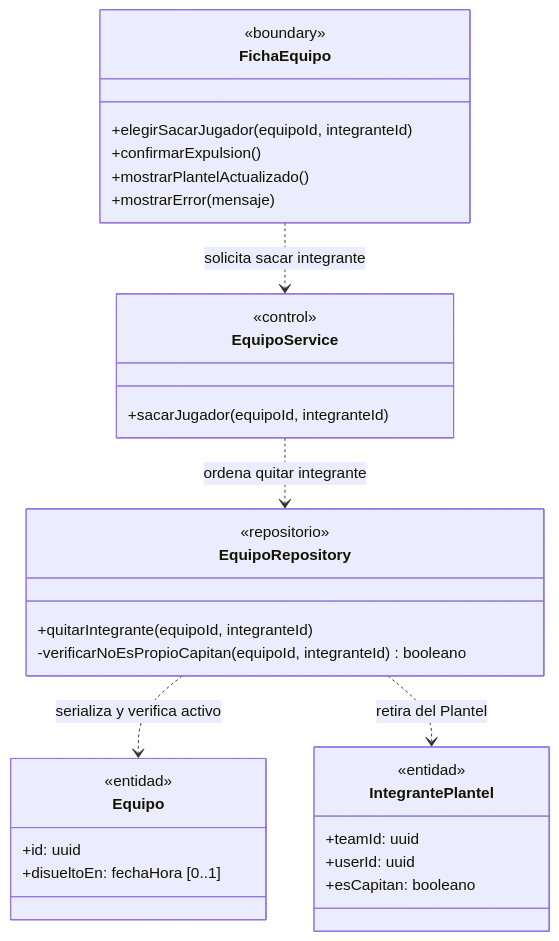
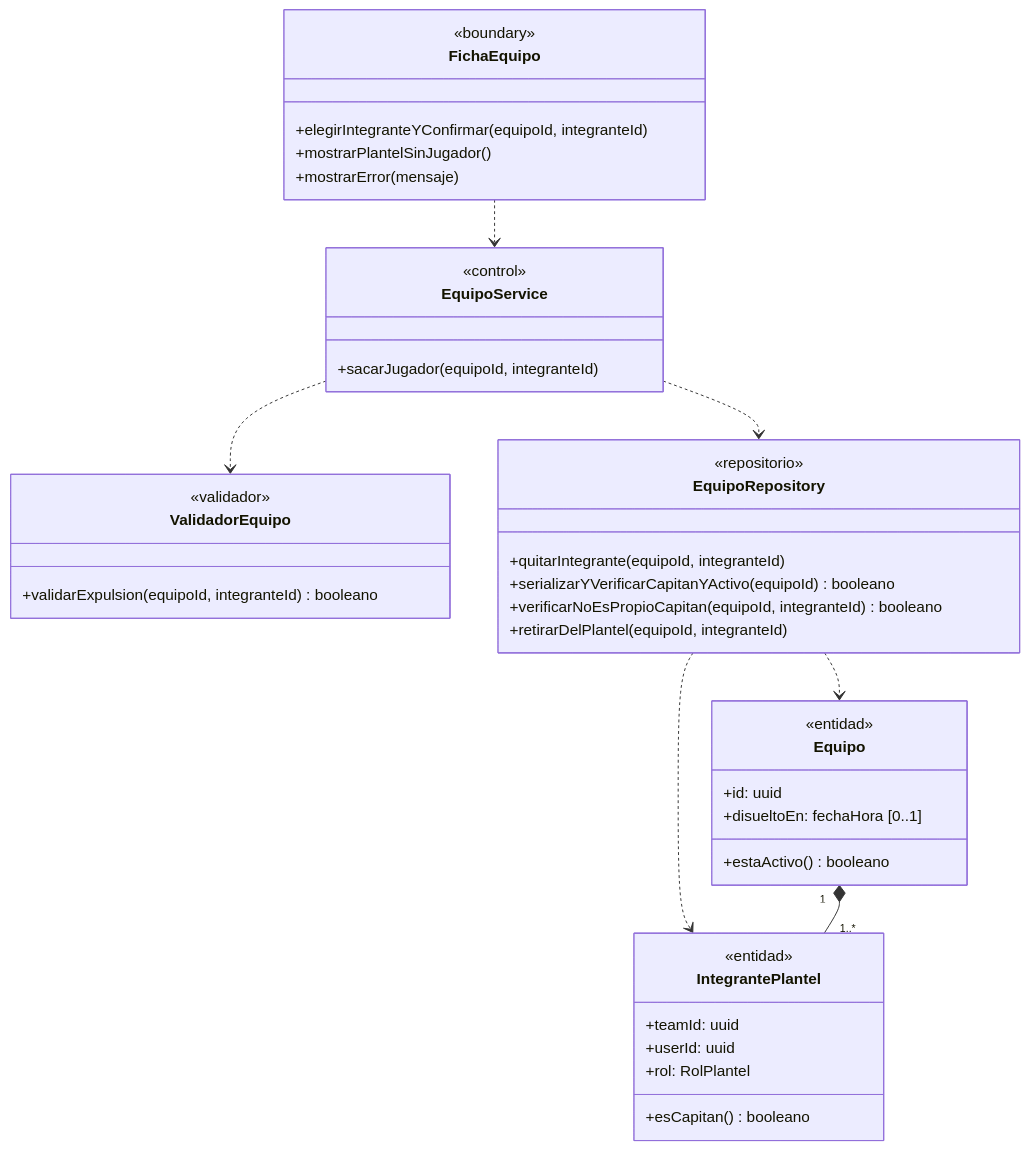
The eighth of 11 diagrams in docs/diagramas-de-clase/equipos.md (nicqletal/torneos-scraper), drawn with Mermaid before and after one commit. The commit also changed other lines of this file and 13 other files, not shown here.

````diff
--- a/docs/diagramas-de-clase/equipos.md
+++ b/docs/diagramas-de-clase/equipos.md
@@ -518,35 +597,43 @@
 ```mermaid
 classDiagram
-direction TB
 class FichaEquipo {
   <<boundary>>
-  +elegirSacarJugador(equipoId, integranteId)
-  +confirmarExpulsion()
-  +mostrarPlantelActualizado()
+  +elegirIntegranteYConfirmar(equipoId, integranteId)
+  +mostrarPlantelSinJugador()
   +mostrarError(mensaje)
 }
 class EquipoService {
   <<control>>
   +sacarJugador(equipoId, integranteId)
 }
+class ValidadorEquipo {
+  <<validador>>
+  +validarExpulsion(equipoId, integranteId) booleano
+}
 class EquipoRepository {
   <<repositorio>>
   +quitarIntegrante(equipoId, integranteId)
-  -verificarNoEsPropioCapitan(equipoId, integranteId) booleano
+  +serializarYVerificarCapitanYActivo(equipoId) booleano
+  +verificarNoEsPropioCapitan(equipoId, integranteId) booleano
+  +retirarDelPlantel(equipoId, integranteId)
+}
+class IntegrantePlantel {
+  <<entidad>>
+  +teamId: uuid
+  +userId: uuid
+  +rol: RolPlantel
+  +esCapitan() booleano
 }
 class Equipo {
   <<entidad>>
   +id: uuid
   +disueltoEn: fechaHora [0..1]
+  +estaActivo() booleano
 }
-class IntegrantePlantel {
-  <<entidad>>
-  +teamId: uuid
-  +userId: uuid
-  +esCapitan: booleano
-}
-FichaEquipo ..> EquipoService : solicita sacar integrante
-EquipoService ..> EquipoRepository : ordena quitar integrante
-EquipoRepository ..> Equipo : serializa y verifica activo
-EquipoRepository ..> IntegrantePlantel : retira del Plantel
+FichaEquipo ..> EquipoService
+EquipoService ..> ValidadorEquipo
+EquipoService ..> EquipoRepository
+EquipoRepository ..> IntegrantePlantel
+EquipoRepository ..> Equipo
+Equipo "1" *-- "1..*" IntegrantePlantel
 ```
````
